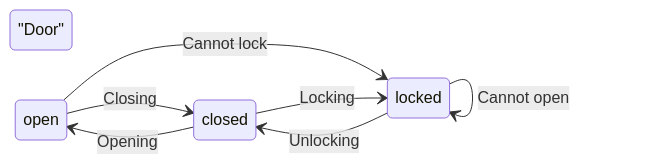
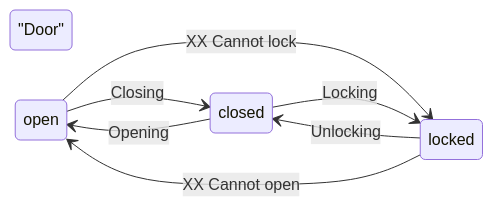
Before and after one commit to fletchjp/StateMachine: the fourth of 4 diagrams in README.md, drawn with Mermaid.

Commit message:
Update README.md
Further changes

````diff
--- a/README.md
+++ b/README.md
@@ -46,11 +46,11 @@
  ``` mermaid
   stateDiagram-v2
   direction LR
   state: "Door"
   open --> closed : Closing
-  open --> locked : Cannot lock
+  open --> locked : XX Cannot lock
   closed --> open : Opening
   closed --> locked : Locking
   locked --> closed : Unlocking
-  locked --> locked : Cannot open
+  locked --> open :  XX Cannot open
 ```
````
